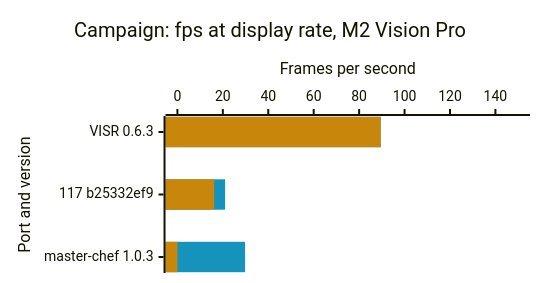
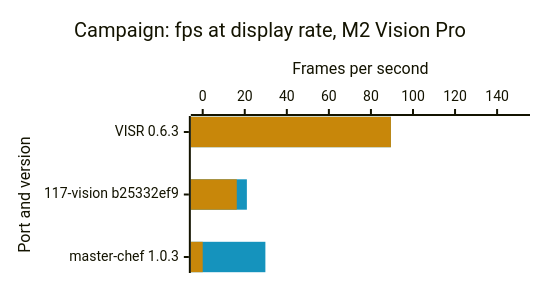
One commit to steverice/visr changed the fourth of 6 diagrams in docs/benchmarks.md. Above: the diagram before and after it, drawn with Mermaid. The commit also changed other lines of this file and 5 other files, not shown here.

````diff
--- a/docs/benchmarks.md
+++ b/docs/benchmarks.md
@@ -108,17 +108,17 @@
 ```mermaid
 ---
 config:
   xyChart:
     width: 520
     height: 263
   themeVariables:
     xyChart:
       plotColorPalette: "#1593bd, #c8870a"
 ---
 xychart-beta horizontal
     title "Campaign: fps at display rate, M2 Vision Pro"
-    x-axis "Port and version" ["VISR 0.6.3", "117 b25332ef9", "master-chef 1.0.3"]
+    x-axis "Port and version" ["VISR 0.6.3", "117-vision b25332ef9", "master-chef 1.0.3"]
     y-axis "Frames per second" 0 --> 150
     bar [89.5, 21, 29.8]
     bar [89.5, 16.2, 0]
 ```
````
